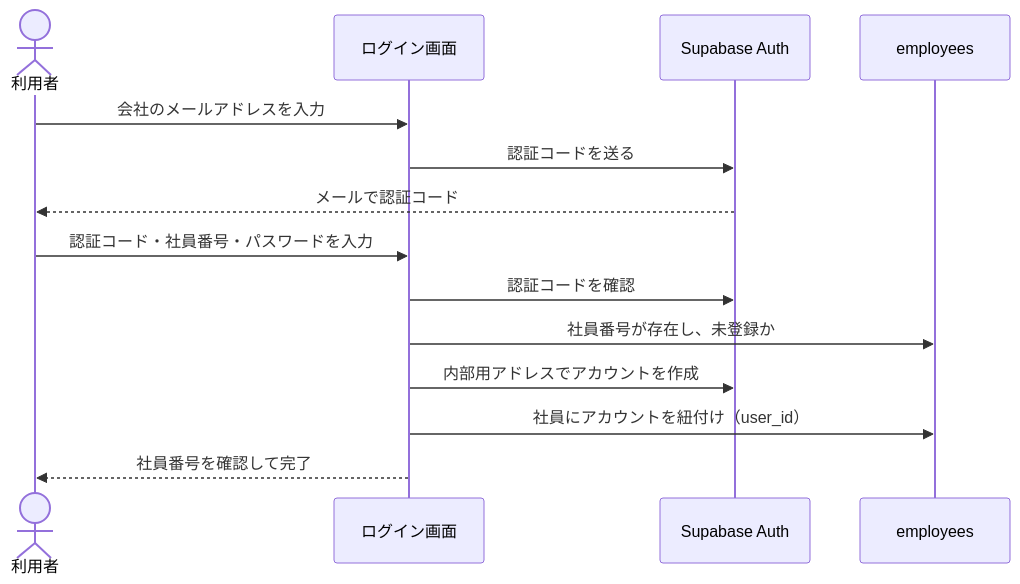
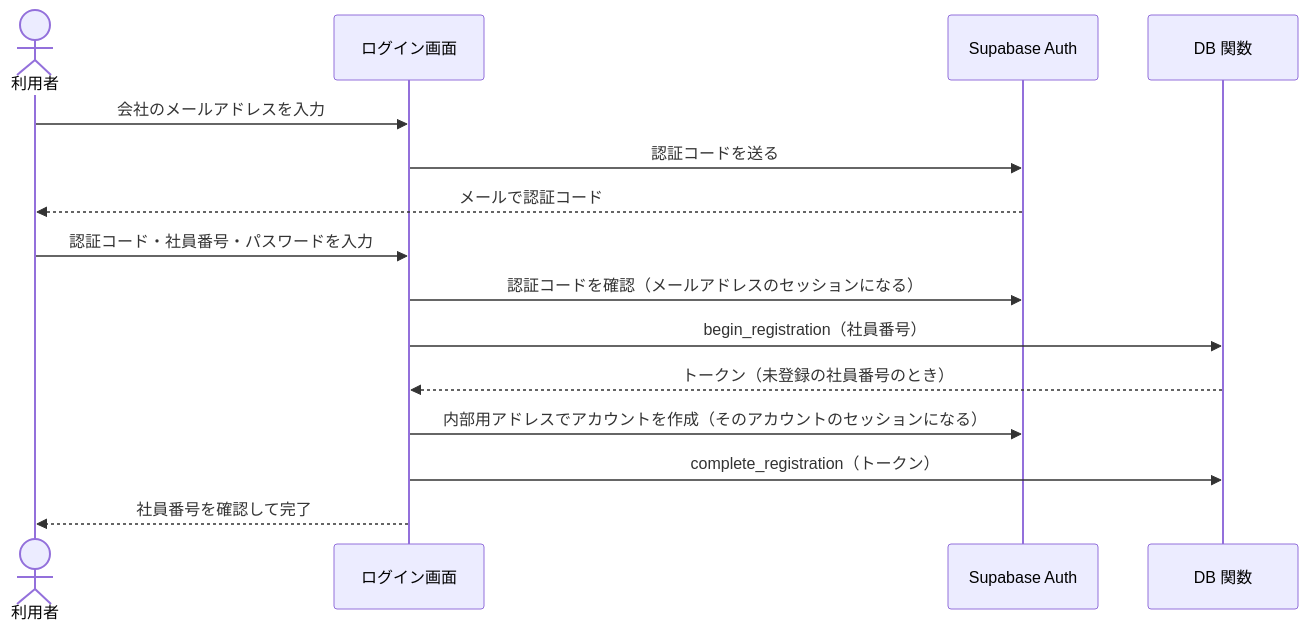
One commit to tsuchiyoshi-industry/typa changed the fifth of 5 diagrams in docs/basic-design.md. Above: the diagram before and after it, drawn with Mermaid. The commit also changed other lines of this file and 55 other files, not shown here.

````diff
--- a/docs/basic-design.md
+++ b/docs/basic-design.md
@@ -647,16 +677,17 @@
 ```mermaid
 sequenceDiagram
   actor U as 利用者
   participant V as ログイン画面
   participant A as Supabase Auth
-  participant D as employees
+  participant D as DB 関数
   U->>V: 会社のメールアドレスを入力
   V->>A: 認証コードを送る
   A-->>U: メールで認証コード
   U->>V: 認証コード・社員番号・パスワードを入力
-  V->>A: 認証コードを確認
-  V->>D: 社員番号が存在し、未登録か
-  V->>A: 内部用アドレスでアカウントを作成
-  V->>D: 社員にアカウントを紐付け（user_id）
+  V->>A: 認証コードを確認（メールアドレスのセッションになる）
+  V->>D: begin_registration（社員番号）
+  D-->>V: トークン（未登録の社員番号のとき）
+  V->>A: 内部用アドレスでアカウントを作成（そのアカウントのセッションになる）
+  V->>D: complete_registration（トークン）
   V-->>U: 社員番号を確認して完了
 ```
````
